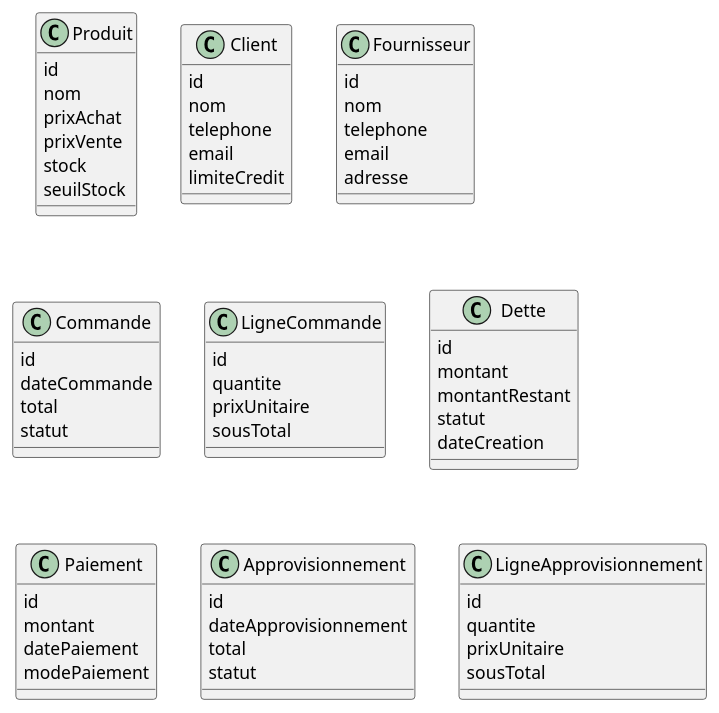
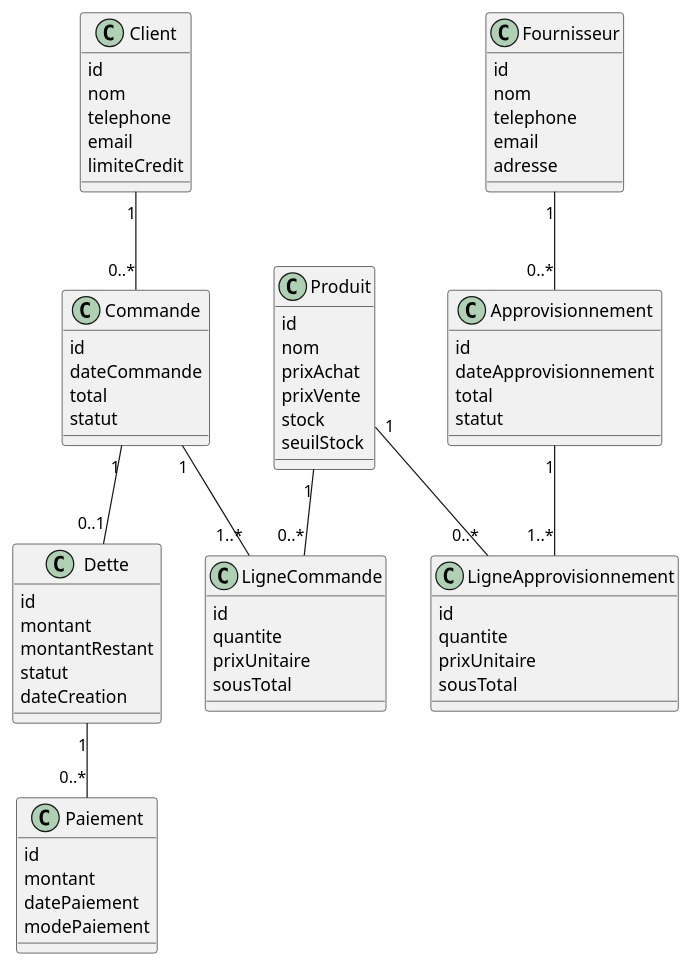
The diagram in docs/diagrammeClasse.puml (123mouhametba123-blip/STORE_MANAGER_PRO), drawn with PlantUML before and after one commit. The commit also changed 1 other file, not shown here.

Commit message:
docs(uml): ajout des diagrammes de cas d'utilisation et de classes POO

```diff
--- a/docs/diagrammeClasse.puml
+++ b/docs/diagrammeClasse.puml
@@ -1,82 +1,90 @@
-@startuml
+@startuml class
 
 class Produit {
    id
    nom
    prixAchat
    prixVente
    stock
    seuilStock
 }
 
 class Client {
    id
    nom
    telephone
    email
    limiteCredit
 }
 
 class Fournisseur {
    id
    nom
    telephone
    email
    adresse
 }
 
 class Commande {
      id
      dateCommande
      total
      statut
 }
 
 class LigneCommande {
      id
      quantite
      prixUnitaire
      sousTotal
 }
 
 class Dette {
      id
      montant
      montantRestant
      statut
      dateCreation
 }
 
 class Paiement {
      id
      montant
      datePaiement
      modePaiement
 }
 
 class Approvisionnement {
      id
      dateApprovisionnement
      total
      statut
 }
 
 class LigneApprovisionnement {
      id
      quantite
      prixUnitaire
      sousTotal
 }
 
-' Client "" -- "" Commande
-' Commande "" -- "" LigneCommande
-' Produit "" -- "" LigneCommande
+ 
 
-' Commande "" -- "" Dette
-' Dette "" -- "" Paiement
+Client "1" -- "0..*" Commande
 
-' Fournisseur "" -- "" Approvisionnement
-' Approvisionnement "" -- "*" LigneApprovisionnement
-' Produit "" -- "" LigneApprovisionnement
+Commande "1" -- "1..*" LigneCommande
+
+Produit "1" -- "0..*" LigneCommande
+
+Commande "1" -- "0..1" Dette
+
+Dette "1" -- "0..*" Paiement
+
+Fournisseur "1" -- "0..*" Approvisionnement
+
+Approvisionnement "1" -- "1..*" LigneApprovisionnement
+
+Produit "1" -- "0..*" LigneApprovisionnement
+
 
 @enduml
```
